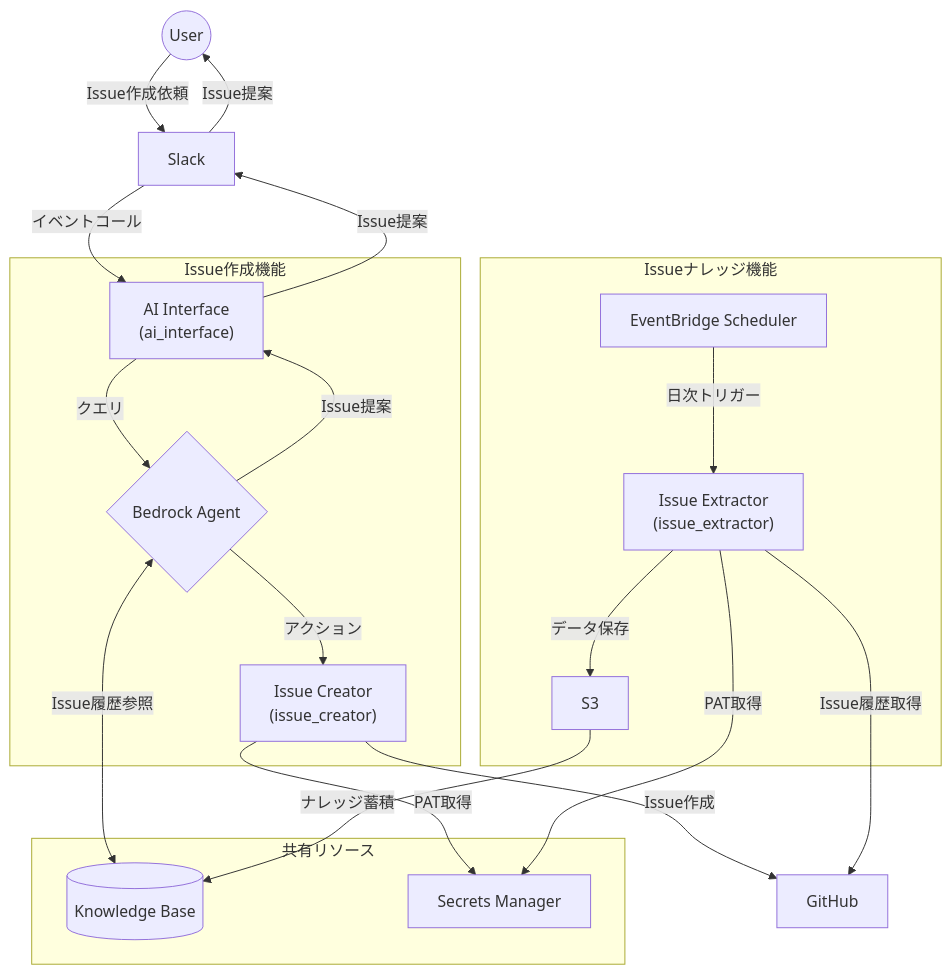
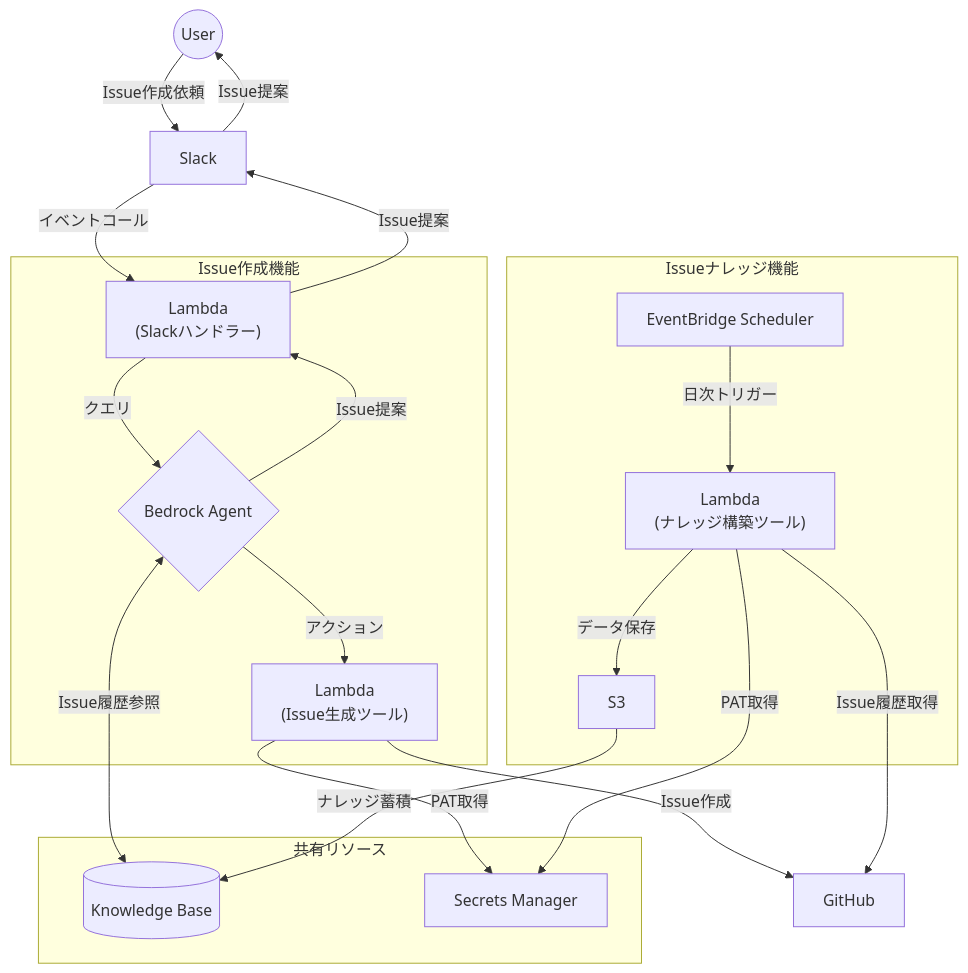
Before and after one commit to nangashi/ai-test: the second of 7 diagrams in DESIGN.md, drawn with Mermaid. The commit also changed other lines of this file, not shown here.

````diff
--- a/DESIGN.md
+++ b/DESIGN.md
@@ -36,42 +36,42 @@
 ```mermaid
 graph TB
     U((User))
     S[Slack]
     GH[GitHub]
 
     subgraph "Issue作成機能"
-        AI["AI Interface<br/>(ai_interface)"]
-        IC["Issue Creator<br/>(issue_creator)"]
+        SH["Lambda<br/>(Slackハンドラー)"]
+        IG["Lambda<br/>(Issue生成ツール)"]
         BA{Bedrock Agent}
     end
 
     subgraph "Issueナレッジ機能"
         ES[EventBridge Scheduler]
-        IE["Issue Extractor<br/>(issue_extractor)"]
+        KB_TOOL["Lambda<br/>(ナレッジ構築ツール)"]
         S3[S3]
     end
 
     subgraph "共有リソース"
         KB[("Knowledge Base")]
         SM[Secrets Manager]
     end
 
     U -->|Issue作成依頼| S
-    S -->|イベントコール| AI
-    AI -->|クエリ| BA
-    BA -->|アクション| IC
-    IC -->|Issue作成| GH
-    BA -->|Issue提案| AI
-    AI -->|Issue提案| S
+    S -->|イベントコール| SH
+    SH -->|クエリ| BA
+    BA -->|アクション| IG
+    IG -->|Issue作成| GH
+    BA -->|Issue提案| SH
+    SH -->|Issue提案| S
     S -->|Issue提案| U
 
-    ES -->|日次トリガー| IE
-    IE -->|Issue履歴取得| GH
-    IE -->|データ保存| S3
+    ES -->|日次トリガー| KB_TOOL
+    KB_TOOL -->|Issue履歴取得| GH
+    KB_TOOL -->|データ保存| S3
 
     BA <-->|Issue履歴参照| KB
     S3 -->|ナレッジ蓄積| KB
 
-    IC -->|PAT取得| SM
-    IE -->|PAT取得| SM
+    IG -->|PAT取得| SM
+    KB_TOOL -->|PAT取得| SM
 ```
````
